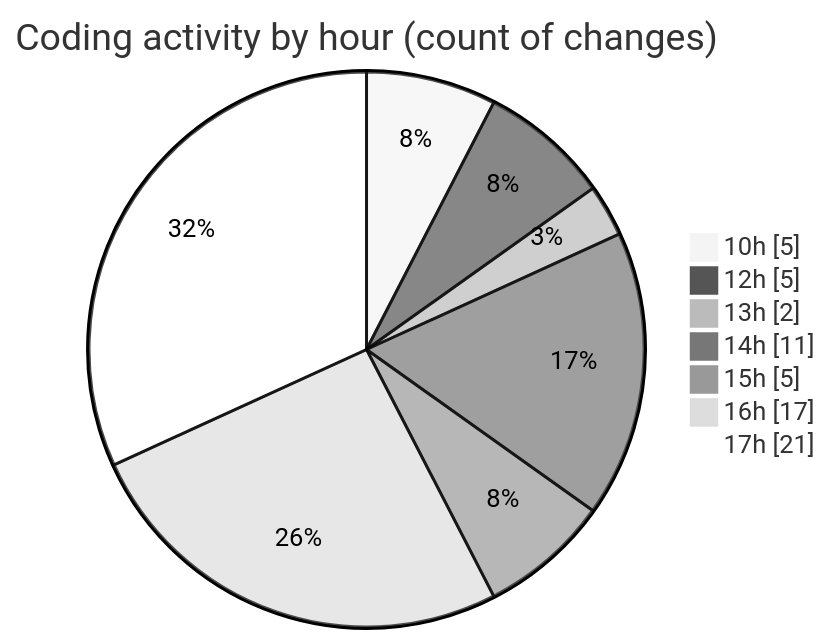
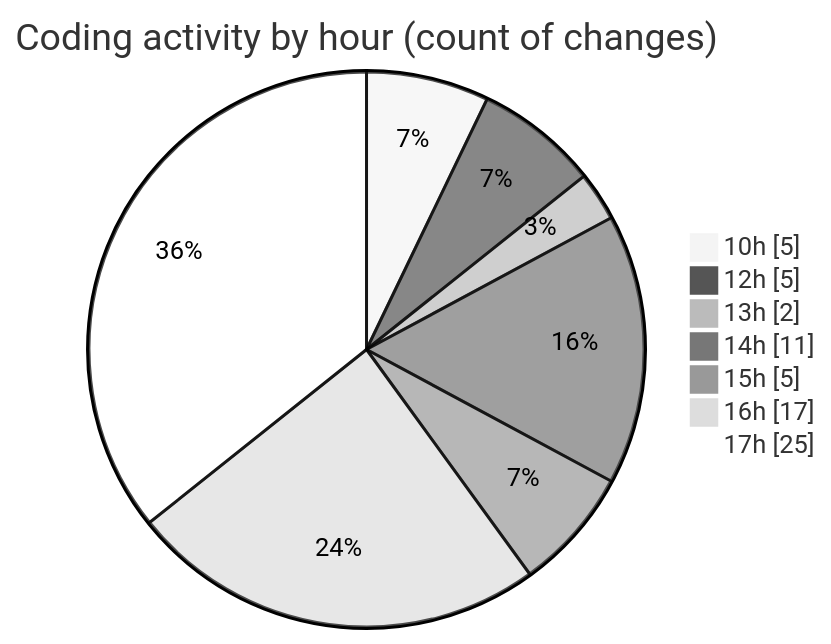
One commit to Ritupan-Deka/code-tracking changed the second of 2 diagrams in 2025-07-07/urlwebwala_intership_work/README.md. Above: the diagram before and after it, drawn with Mermaid (neutral theme). The commit also changed other lines of this file and 1 other file, not shown here.

````diff
--- a/2025-07-07/urlwebwala_intership_work/README.md
+++ b/2025-07-07/urlwebwala_intership_work/README.md
@@ -30,11 +30,11 @@
 ```mermaid
 pie showData
 title Coding activity by hour (count of changes)
 "10h" : 5
 "12h" : 5
 "13h" : 2
 "14h" : 11
 "15h" : 5
 "16h" : 17
-"17h" : 21
+"17h" : 25
 ```
````
